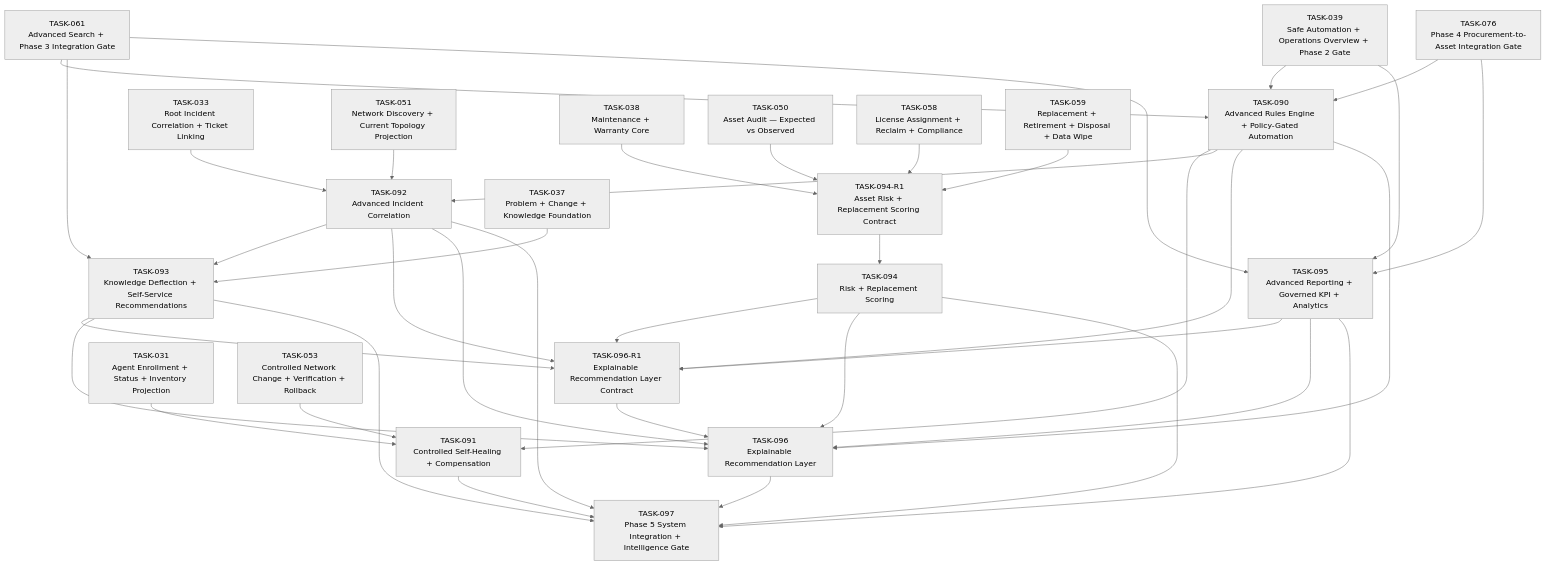
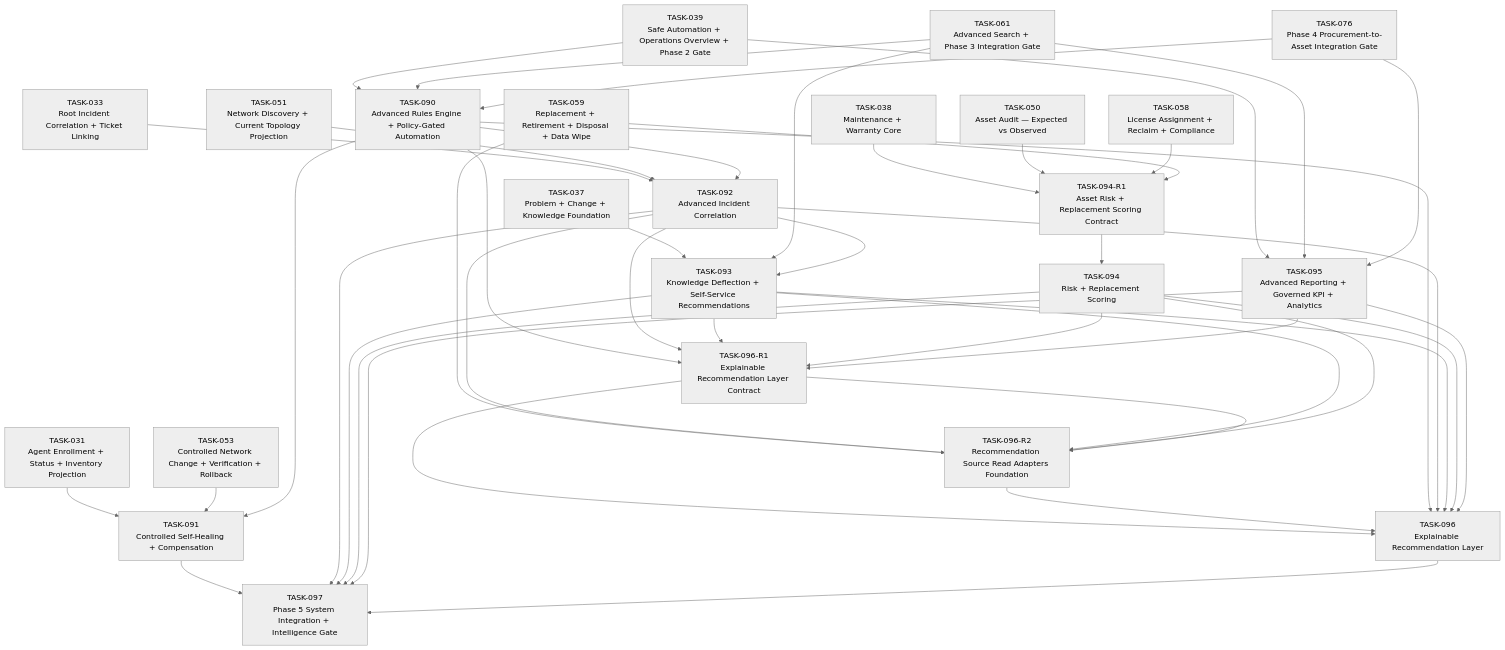
The seventh of 7 diagrams in tasks/CODEX_TASK_DEPENDENCY_GRAPH.md (duclee9x/itcenter), drawn with Mermaid (neutral theme) before and after one commit. The commit also changed 22 other files, not shown here.

Commit message:
Complete TASK-096-R2 recommendation source adapters

````diff
--- a/tasks/CODEX_TASK_DEPENDENCY_GRAPH.md
+++ b/tasks/CODEX_TASK_DEPENDENCY_GRAPH.md
@@ -262,62 +262,69 @@
 ```mermaid
 flowchart TD
   TASK_090["TASK-090<br/>Advanced Rules Engine + Policy-Gated Automation"]
   TASK_091["TASK-091<br/>Controlled Self-Healing + Compensation"]
   TASK_092["TASK-092<br/>Advanced Incident Correlation"]
   TASK_093["TASK-093<br/>Knowledge Deflection + Self-Service Recommendations"]
   TASK_094_R1["TASK-094-R1<br/>Asset Risk + Replacement Scoring Contract"]
   TASK_094["TASK-094<br/>Risk + Replacement Scoring"]
   TASK_095["TASK-095<br/>Advanced Reporting + Governed KPI + Analytics"]
   TASK_096_R1["TASK-096-R1<br/>Explainable Recommendation Layer Contract"]
+  TASK_096_R2["TASK-096-R2<br/>Recommendation Source Read Adapters Foundation"]
   TASK_096["TASK-096<br/>Explainable Recommendation Layer"]
   TASK_097["TASK-097<br/>Phase 5 System Integration + Intelligence Gate"]
   TASK_039["TASK-039<br/>Safe Automation + Operations Overview + Phase 2 Gate"]
   TASK_039 --> TASK_090
   TASK_061["TASK-061<br/>Advanced Search + Phase 3 Integration Gate"]
   TASK_061 --> TASK_090
   TASK_076["TASK-076<br/>Phase 4 Procurement-to-Asset Integration Gate"]
   TASK_076 --> TASK_090
   TASK_031["TASK-031<br/>Agent Enrollment + Status + Inventory Projection"]
   TASK_031 --> TASK_091
   TASK_053["TASK-053<br/>Controlled Network Change + Verification + Rollback"]
   TASK_053 --> TASK_091
   TASK_090 --> TASK_091
   TASK_033["TASK-033<br/>Root Incident Correlation + Ticket Linking"]
   TASK_033 --> TASK_092
   TASK_051["TASK-051<br/>Network Discovery + Current Topology Projection"]
   TASK_051 --> TASK_092
   TASK_090 --> TASK_092
   TASK_037["TASK-037<br/>Problem + Change + Knowledge Foundation"]
   TASK_037 --> TASK_093
   TASK_061 --> TASK_093
   TASK_092 --> TASK_093
   TASK_038["TASK-038<br/>Maintenance + Warranty Core"]
   TASK_038 --> TASK_094_R1
   TASK_050["TASK-050<br/>Asset Audit — Expected vs Observed"]
   TASK_050 --> TASK_094_R1
   TASK_058["TASK-058<br/>License Assignment + Reclaim + Compliance"]
   TASK_058 --> TASK_094_R1
   TASK_059["TASK-059<br/>Replacement + Retirement + Disposal + Data Wipe"]
   TASK_059 --> TASK_094_R1
   TASK_094_R1 --> TASK_094
   TASK_039 --> TASK_095
   TASK_061 --> TASK_095
   TASK_076 --> TASK_095
   TASK_090 --> TASK_096_R1
   TASK_092 --> TASK_096_R1
   TASK_093 --> TASK_096_R1
   TASK_094 --> TASK_096_R1
   TASK_095 --> TASK_096_R1
+  TASK_059 --> TASK_096_R2
+  TASK_092 --> TASK_096_R2
+  TASK_093 --> TASK_096_R2
+  TASK_094 --> TASK_096_R2
+  TASK_096_R1 --> TASK_096_R2
   TASK_096_R1 --> TASK_096
+  TASK_096_R2 --> TASK_096
   TASK_090 --> TASK_096
   TASK_092 --> TASK_096
   TASK_093 --> TASK_096
   TASK_094 --> TASK_096
   TASK_095 --> TASK_096
   TASK_091 --> TASK_097
   TASK_092 --> TASK_097
   TASK_093 --> TASK_097
   TASK_094 --> TASK_097
   TASK_095 --> TASK_097
   TASK_096 --> TASK_097
 ```
````
